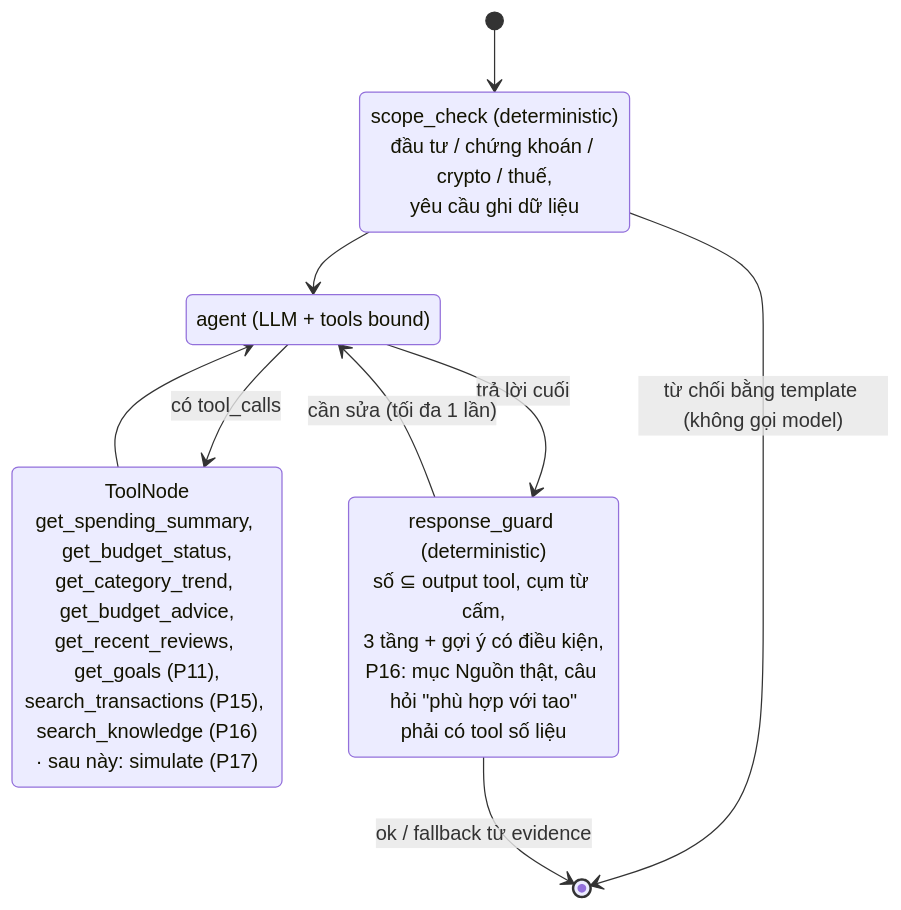
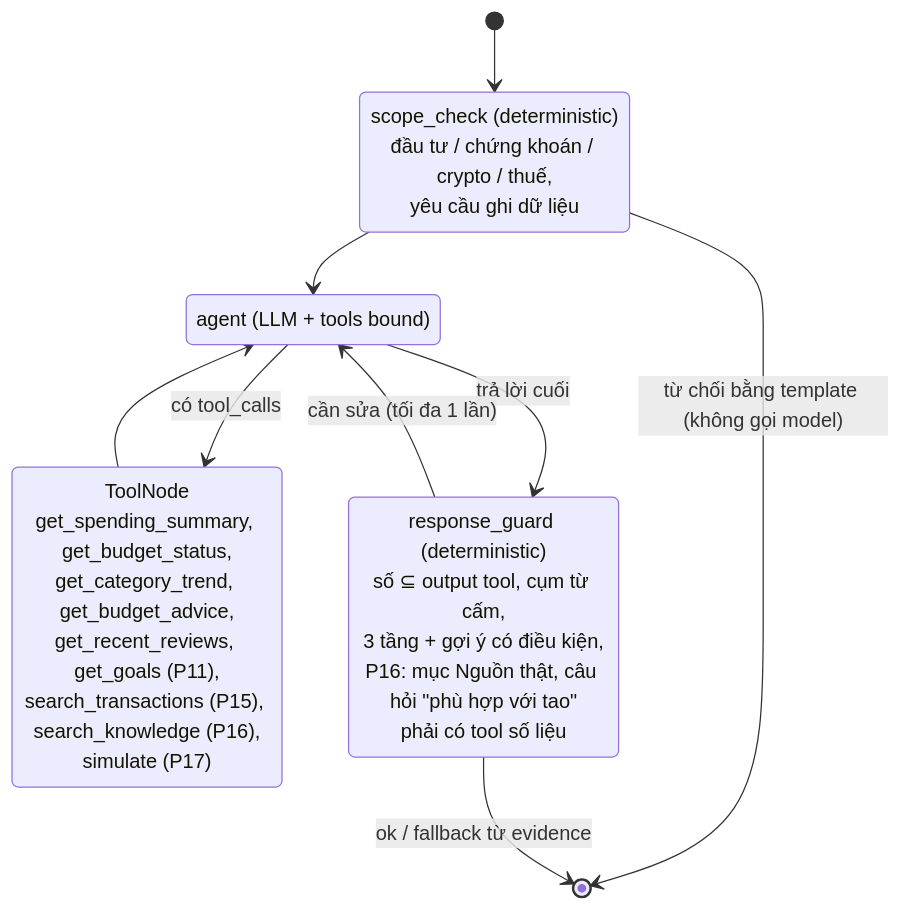
The second of 3 diagrams in docs/architecture/ai-architecture.md (dangbh96/AI-personal-finance-assistant), drawn with Mermaid before and after one commit. The commit also changed other lines of this file and 37 other files, not shown here.

````diff
--- a/docs/architecture/ai-architecture.md
+++ b/docs/architecture/ai-architecture.md
@@ -157,15 +163,15 @@
 ```mermaid
 stateDiagram-v2
     [*] --> scope_check
     scope_check: scope_check (deterministic)<br/>đầu tư / chứng khoán / crypto / thuế,<br/>yêu cầu ghi dữ liệu
     scope_check --> [*]: từ chối bằng template (không gọi model)
     scope_check --> agent
     agent: agent (LLM + tools bound)
     agent --> tools: có tool_calls
-    tools: ToolNode<br/>get_spending_summary, get_budget_status,<br/>get_category_trend, get_budget_advice,<br/>get_recent_reviews, get_goals (P11),<br/>search_transactions (P15), search_knowledge (P16)<br/>· sau này: simulate (P17)
+    tools: ToolNode<br/>get_spending_summary, get_budget_status,<br/>get_category_trend, get_budget_advice,<br/>get_recent_reviews, get_goals (P11),<br/>search_transactions (P15), search_knowledge (P16),<br/>simulate (P17)
     tools --> agent
     agent --> guard: trả lời cuối
     guard: response_guard (deterministic)<br/>số ⊆ output tool, cụm từ cấm,<br/>3 tầng + gợi ý có điều kiện,<br/>P16: mục Nguồn thật, câu hỏi "phù hợp với tao"<br/>phải có tool số liệu
     guard --> agent: cần sửa (tối đa 1 lần)
     guard --> [*]: ok / fallback từ evidence
 ```
````
